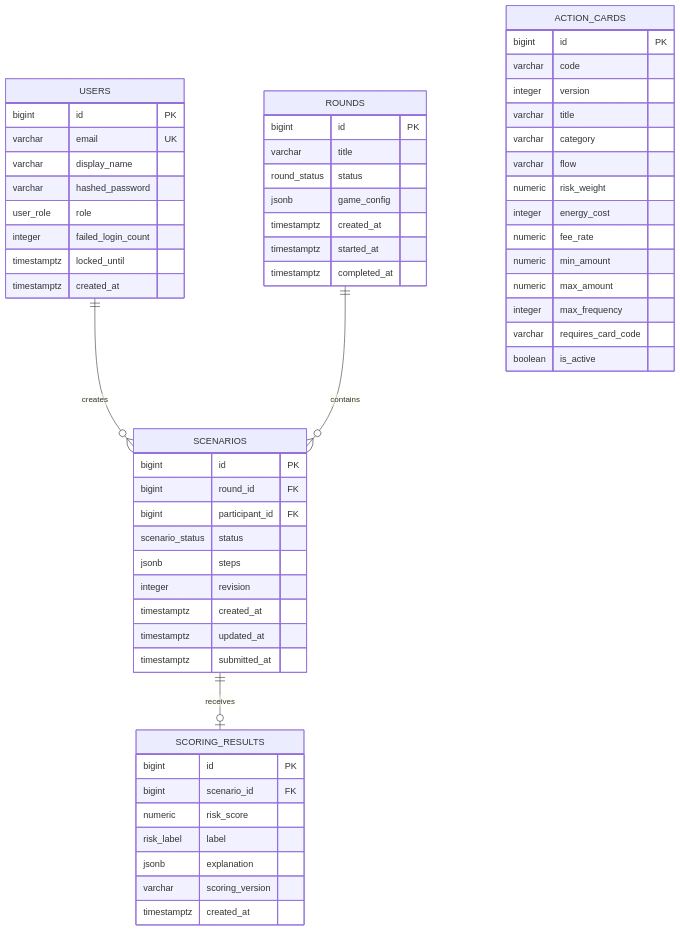
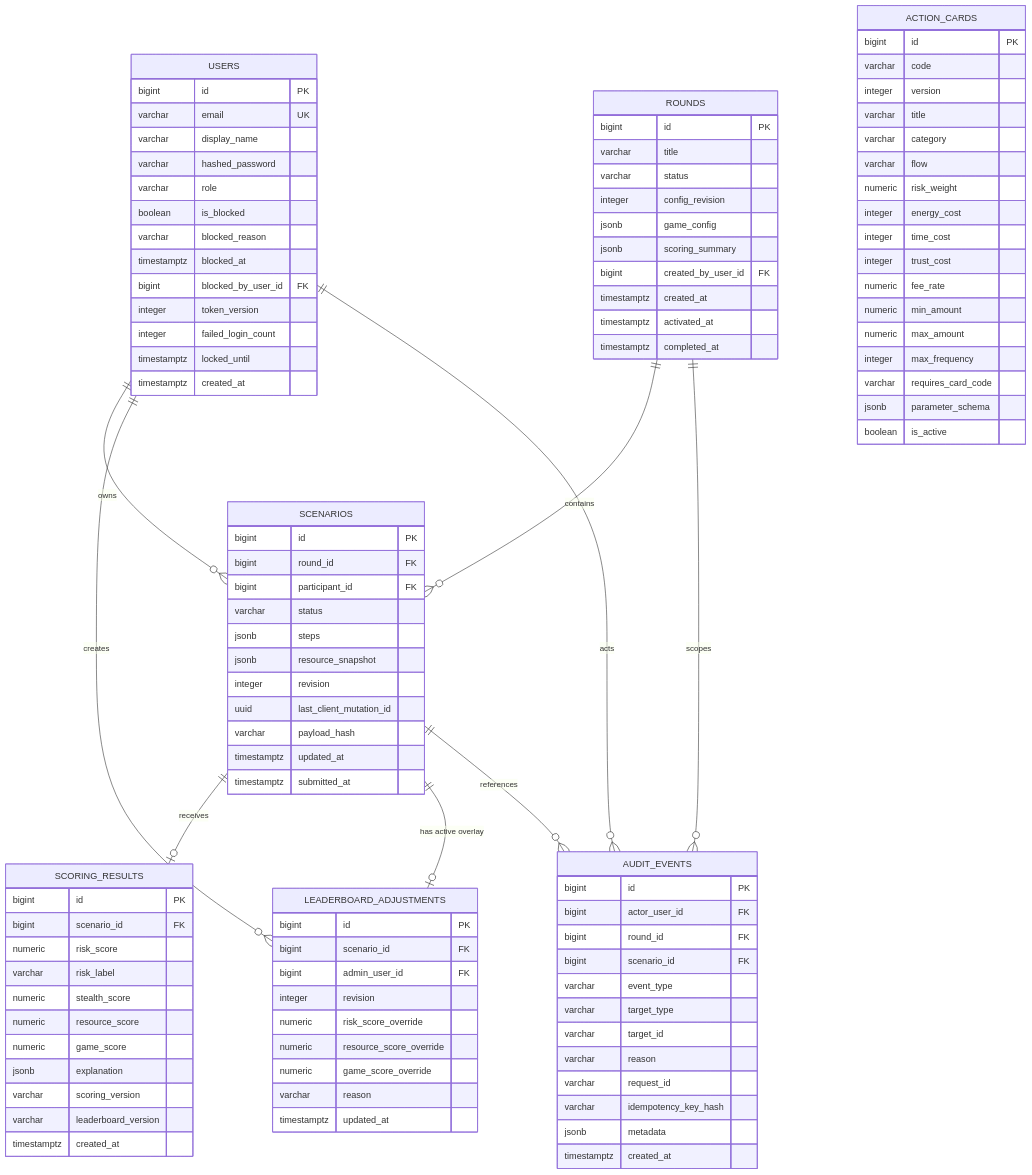
The first of 3 diagrams in docs/data-model.md (BigZet/AMLautosim), drawn with Mermaid before and after one commit. The commit also changed other lines of this file and 14 other files, not shown here.

````diff
--- a/docs/data-model.md
+++ b/docs/data-model.md
@@ -15,15 +28,25 @@
 ```mermaid
 erDiagram
-    USERS ||--o{ SCENARIOS : creates
-    ROUNDS ||--o{ SCENARIOS : contains
-    SCENARIOS ||--o| SCORING_RESULTS : receives
+    USERS ||--o{ SCENARIOS : "owns"
+    ROUNDS ||--o{ SCENARIOS : "contains"
+    SCENARIOS ||--o| SCORING_RESULTS : "receives"
+    SCENARIOS ||--o| LEADERBOARD_ADJUSTMENTS : "has active overlay"
+    USERS ||--o{ LEADERBOARD_ADJUSTMENTS : "creates"
+    USERS ||--o{ AUDIT_EVENTS : "acts"
+    ROUNDS ||--o{ AUDIT_EVENTS : "scopes"
+    SCENARIOS ||--o{ AUDIT_EVENTS : "references"
 
     USERS {
         bigint id PK
         varchar email UK
         varchar display_name
         varchar hashed_password
-        user_role role
+        varchar role
+        boolean is_blocked
+        varchar blocked_reason
+        timestamptz blocked_at
+        bigint blocked_by_user_id FK
+        integer token_version
         integer failed_login_count
         timestamptz locked_until
         timestamptz created_at
@@ -38,21 +61,27 @@
         varchar flow
         numeric risk_weight
         integer energy_cost
+        integer time_cost
+        integer trust_cost
         numeric fee_rate
         numeric min_amount
         numeric max_amount
         integer max_frequency
         varchar requires_card_code
+        jsonb parameter_schema
         boolean is_active
     }
 
     ROUNDS {
         bigint id PK
         varchar title
-        round_status status
+        varchar status
+        integer config_revision
         jsonb game_config
+        jsonb scoring_summary
+        bigint created_by_user_id FK
         timestamptz created_at
-        timestamptz started_at
+        timestamptz activated_at
         timestamptz completed_at
     }
 
@@ -60,10 +89,12 @@
         bigint id PK
         bigint round_id FK
         bigint participant_id FK
-        scenario_status status
+        varchar status
         jsonb steps
+        jsonb resource_snapshot
         integer revision
-        timestamptz created_at
+        uuid last_client_mutation_id
+        varchar payload_hash
         timestamptz updated_at
         timestamptz submitted_at
     }
@@ -72,9 +103,40 @@
         bigint id PK
         bigint scenario_id FK
         numeric risk_score
-        risk_label label
+        varchar risk_label
+        numeric stealth_score
+        numeric resource_score
+        numeric game_score
         jsonb explanation
         varchar scoring_version
+        varchar leaderboard_version
+        timestamptz created_at
+    }
+
+    LEADERBOARD_ADJUSTMENTS {
+        bigint id PK
+        bigint scenario_id FK
+        bigint admin_user_id FK
+        integer revision
+        numeric risk_score_override
+        numeric resource_score_override
+        numeric game_score_override
+        varchar reason
+        timestamptz updated_at
+    }
+
+    AUDIT_EVENTS {
+        bigint id PK
+        bigint actor_user_id FK
+        bigint round_id FK
+        bigint scenario_id FK
+        varchar event_type
+        varchar target_type
+        varchar target_id
+        varchar reason
+        varchar request_id
+        varchar idempotency_key_hash
+        jsonb metadata
         timestamptz created_at
     }
 ```
````
